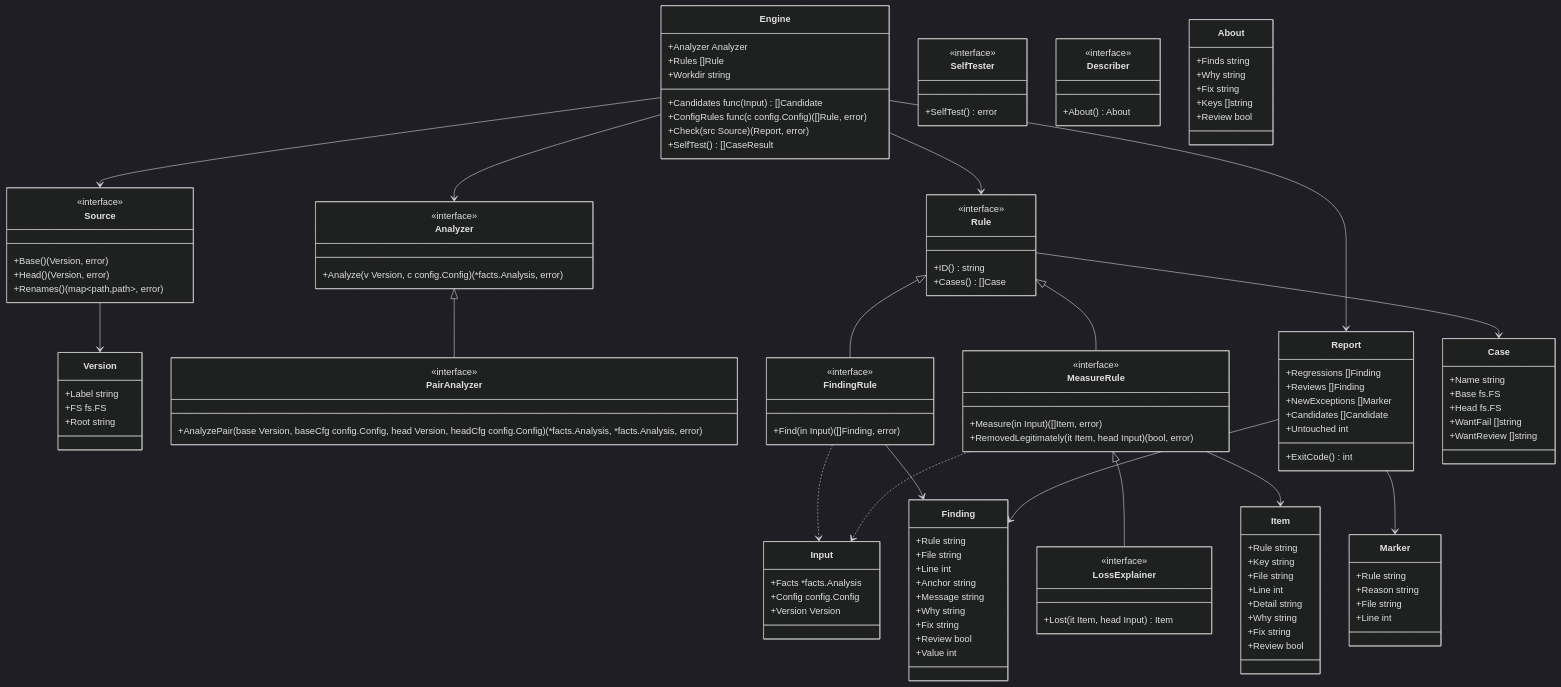
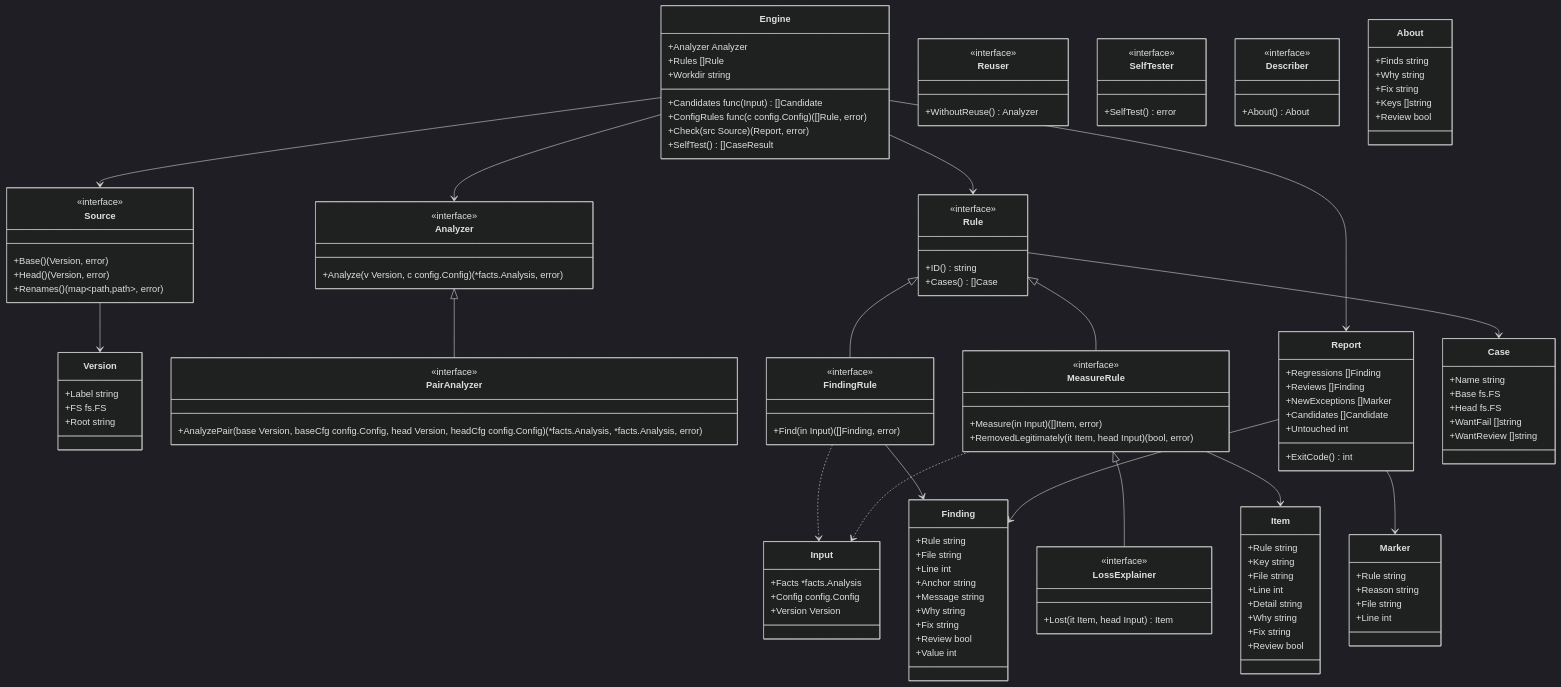
Before and after one commit to rerorets/hadome: the diagram in docs/design/engine.ja.md, drawn with Mermaid (dark theme). The commit also changed other lines of this file and 61 other files, not shown here.

```diff
--- a/docs/design/engine.ja.md
+++ b/docs/design/engine.ja.md
@@ -208,6 +209,10 @@
   class PairAnalyzer {
     <<interface>>
     +AnalyzePair(base Version, baseCfg config.Config, head Version, headCfg config.Config) (*facts.Analysis, *facts.Analysis, error)
+  }
+  class Reuser {
+    <<interface>>
+    +WithoutReuse() Analyzer
   }
   class Input {
     +Facts *facts.Analysis
```
